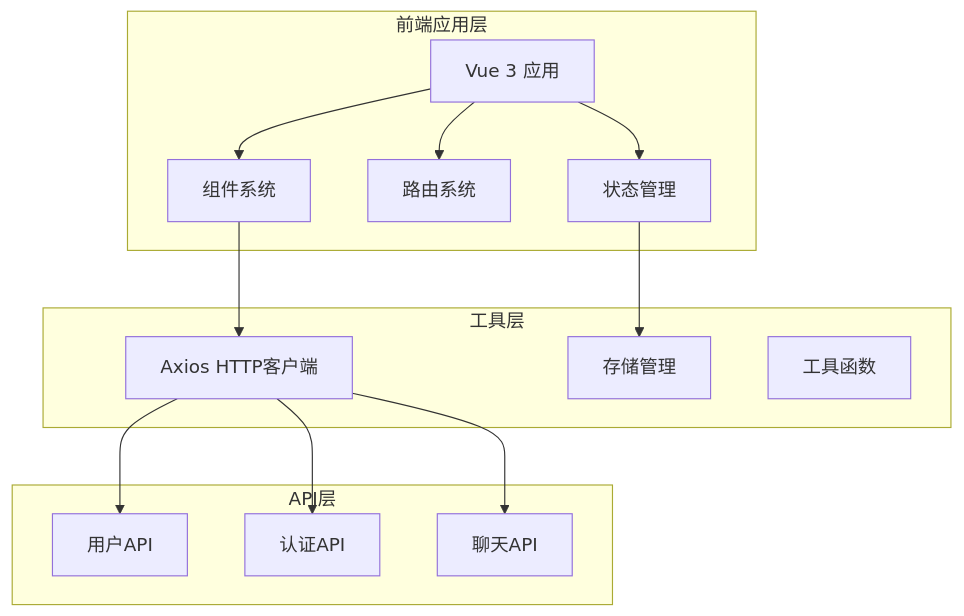
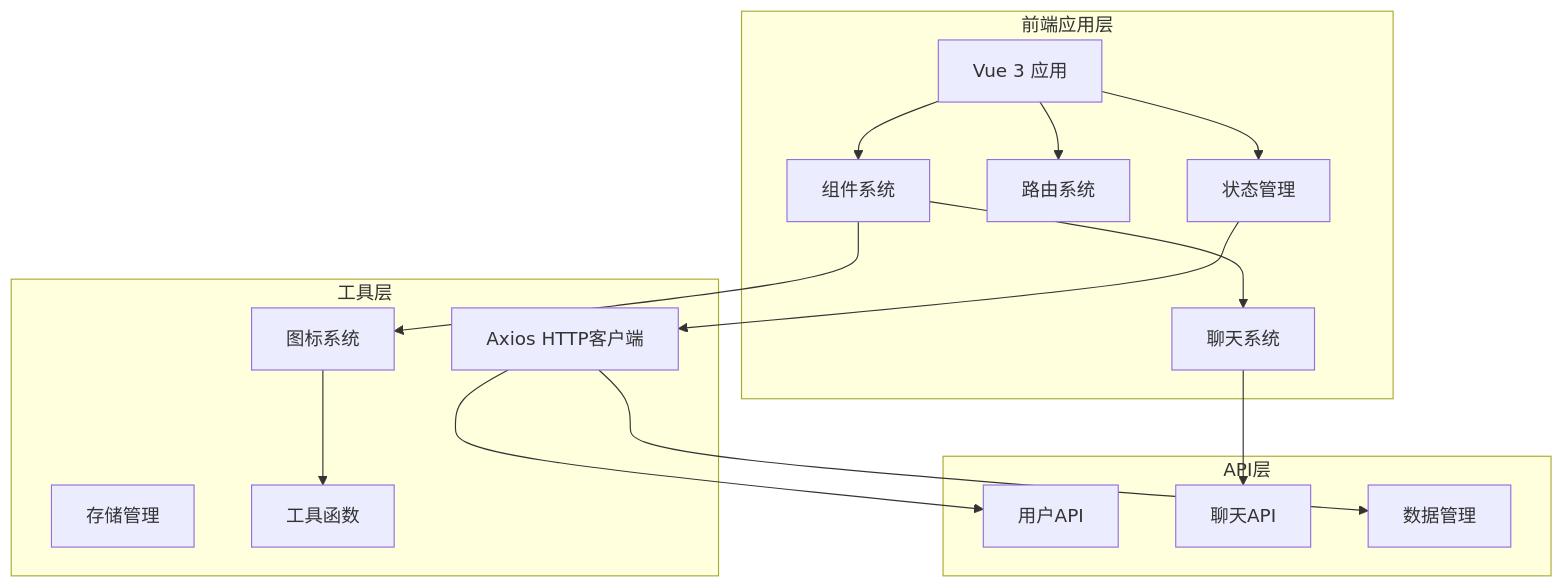
Before and after one commit to giserman001/vue3-vant4-mobile: the first of 13 diagrams in .qoder/repowiki/zh/content/核心系统/聊天系统.md, drawn with Mermaid. The commit also changed other lines of this file and 398 other files, not shown here.

````diff
--- a/.qoder/repowiki/zh/content/核心系统/聊天系统.md
+++ b/.qoder/repowiki/zh/content/核心系统/聊天系统.md
@@ -41,27 +63,31 @@
 ```mermaid
 graph TB
 subgraph "前端应用层"
 A[Vue 3 应用]
 B[组件系统]
 C[路由系统]
 D[状态管理]
+E[聊天系统]
 end
 subgraph "工具层"
-E[Axios HTTP客户端]
-F[存储管理]
-G[工具函数]
+F[Axios HTTP客户端]
+G[存储管理]
+H[工具函数]
+I[图标系统]
 end
 subgraph "API层"
-H[用户API]
-I[认证API]
-J[聊天API]
+J[用户API]
+K[聊天API]
+L[数据管理]
 end
 A --> B
 A --> C
 A --> D
 B --> E
+B --> I
 D --> F
-E --> H
-E --> I
-E --> J
+E --> K
+F --> J
+F --> L
+I --> H
 ```
````
